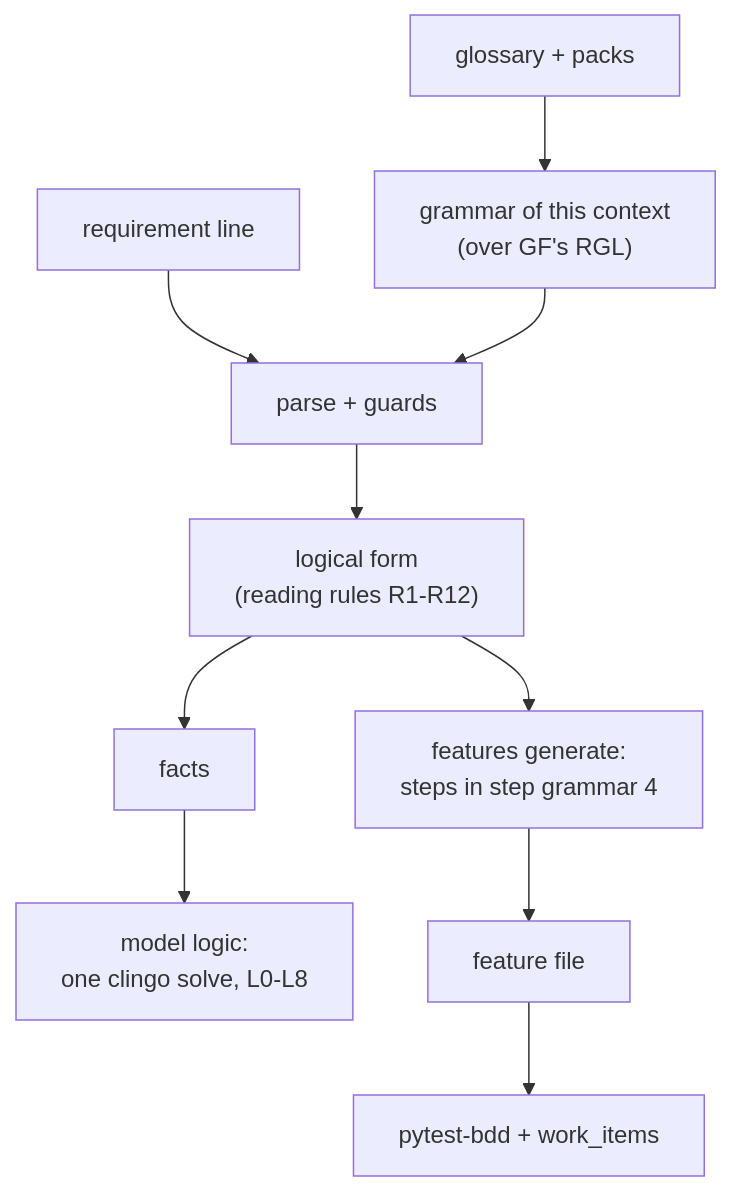
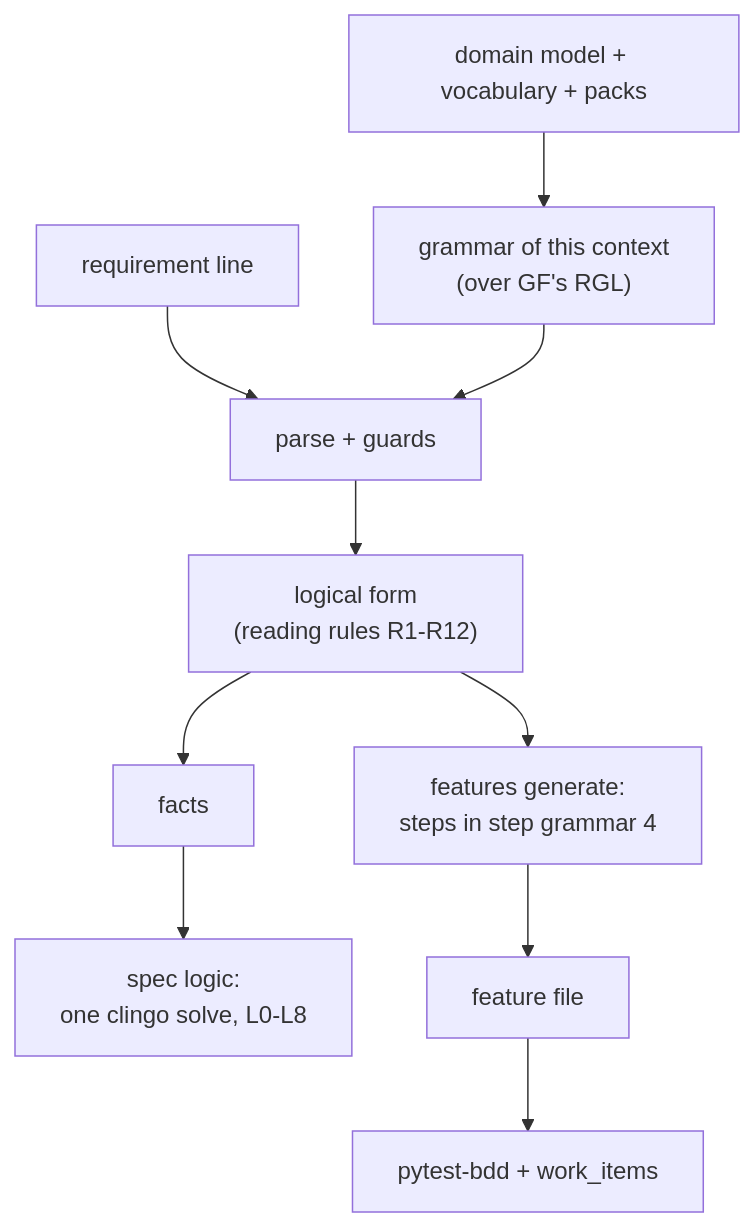
The first of 3 diagrams in docs/how-it-works.md (dstengle/shopsystem-bdd), drawn with Mermaid before and after one commit. The commit also changed other lines of this file and 21 other files, not shown here.

First line of the commit message:
docs: README, index, concepts, how-it-works, getting-started, recipes and the capability file reference in the domain contract's words; new references domain-model.md and adapters.md; docs-labels a model context

````diff
--- a/docs/how-it-works.md
+++ b/docs/how-it-works.md
@@ -44,12 +46,12 @@
 ```mermaid
 flowchart TB
-  G["glossary + packs"] --> GR["grammar of this context<br/>(over GF's RGL)"]
+  G["domain model + vocabulary + packs"] --> GR["grammar of this context<br/>(over GF's RGL)"]
   L["requirement line"] --> P["parse + guards"]
   GR --> P
   P --> F["logical form<br/>(reading rules R1-R12)"]
   F --> FA["facts"]
-  FA --> LO["model logic:<br/>one clingo solve, L0-L8"]
+  FA --> LO["spec logic:<br/>one clingo solve, L0-L8"]
   F --> ST["features generate:<br/>steps in step grammar 4"]
   ST --> FE["feature file"]
   FE --> T["pytest-bdd + work_items"]
 ```
````
